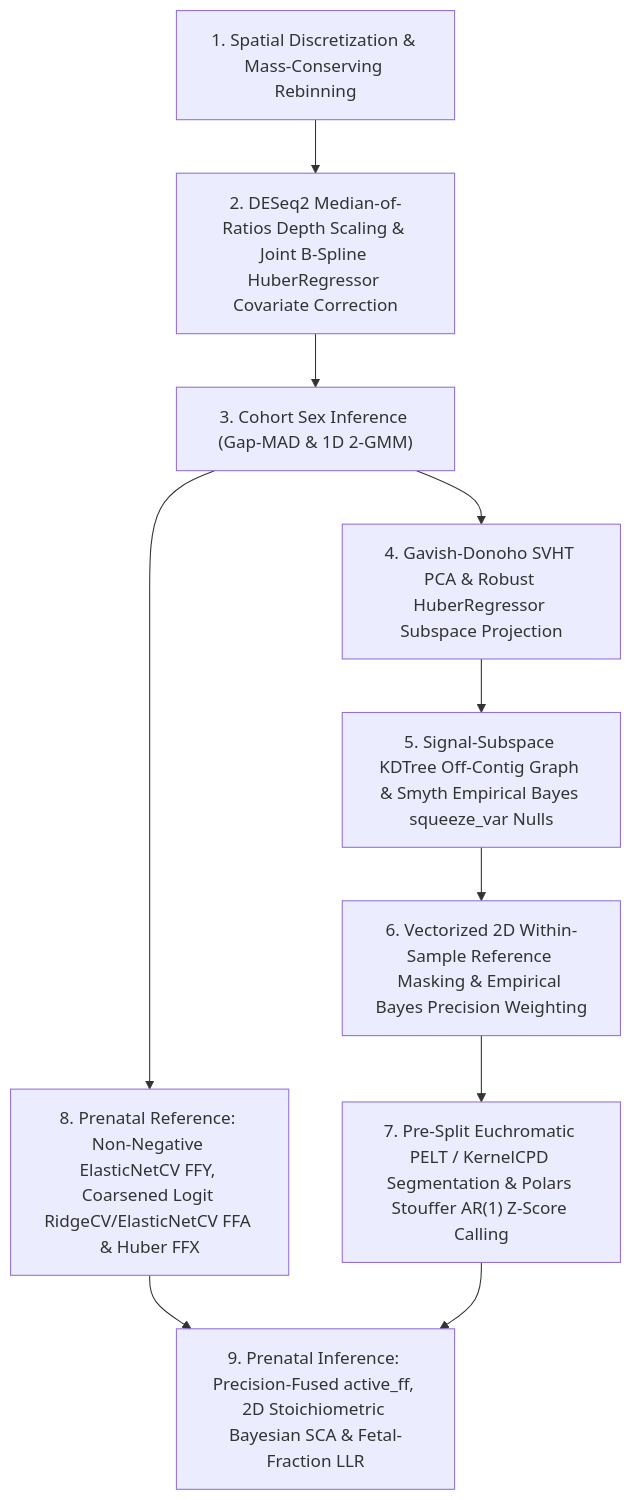
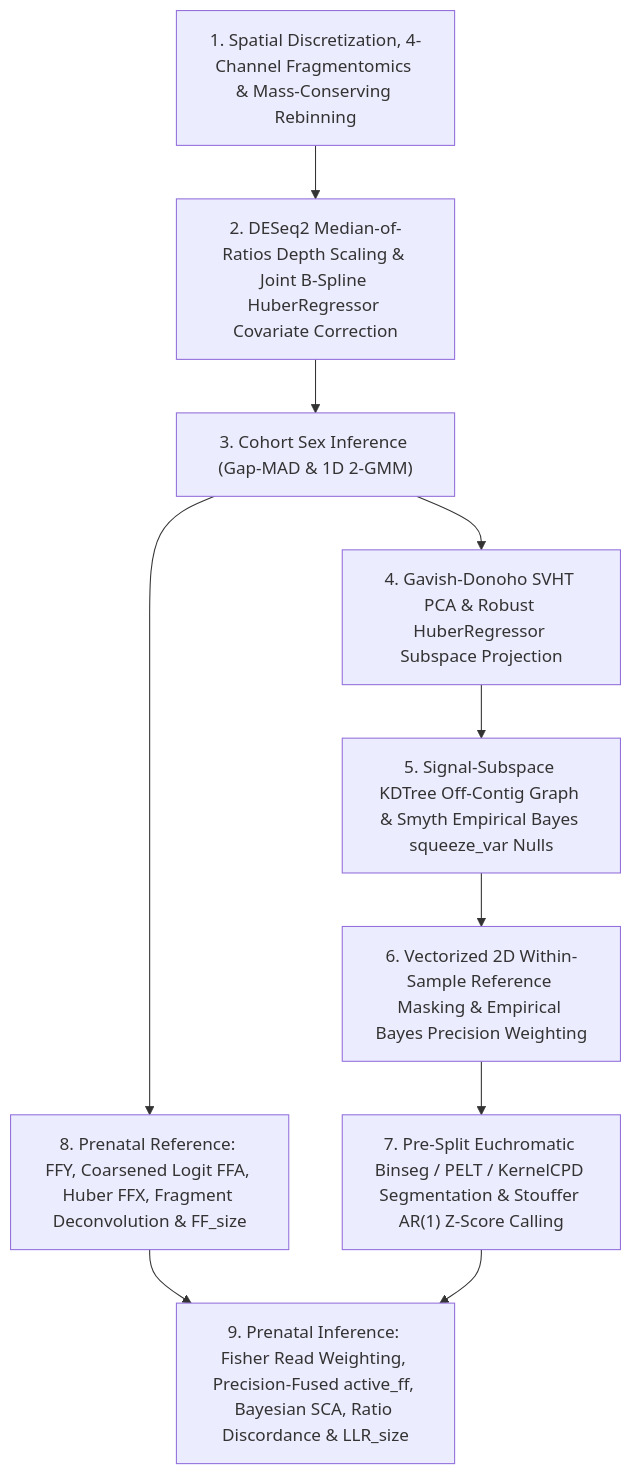
The diagram in docs/methodology.md (matthdsm/ccnv), drawn with Mermaid before and after one commit. The commit also changed other lines of this file and 67 other files, not shown here.

First line of the commit message:
feat: multi-modal cell-free DNA fragmentomics and fetal origin classification (#13)

````diff
--- a/docs/methodology.md
+++ b/docs/methodology.md
@@ -14,12 +14,12 @@
 ```mermaid
 flowchart TD
-    S1["1. Spatial Discretization & Mass-Conserving Rebinning"] --> S2["2. DESeq2 Median-of-Ratios Depth Scaling & Joint B-Spline HuberRegressor Covariate Correction"]
+    S1["1. Spatial Discretization, 4-Channel Fragmentomics & Mass-Conserving Rebinning"] --> S2["2. DESeq2 Median-of-Ratios Depth Scaling & Joint B-Spline HuberRegressor Covariate Correction"]
     S2 --> S3["3. Cohort Sex Inference (Gap-MAD & 1D 2-GMM)"]
     S3 --> S4["4. Gavish-Donoho SVHT PCA & Robust HuberRegressor Subspace Projection"]
     S4 --> S5["5. Signal-Subspace KDTree Off-Contig Graph & Smyth Empirical Bayes squeeze_var Nulls"]
     S5 --> S6["6. Vectorized 2D Within-Sample Reference Masking & Empirical Bayes Precision Weighting"]
-    S6 --> S7["7. Pre-Split Euchromatic PELT / KernelCPD Segmentation & Polars Stouffer AR(1) Z-Score Calling"]
-    S3 --> S8["8. Prenatal Reference: Non-Negative ElasticNetCV FFY, Coarsened Logit RidgeCV/ElasticNetCV FFA & Huber FFX"]
-    S8 --> S9["9. Prenatal Inference: Precision-Fused active_ff, 2D Stoichiometric Bayesian SCA & Fetal-Fraction LLR"]
+    S6 --> S7["7. Pre-Split Euchromatic Binseg / PELT / KernelCPD Segmentation & Stouffer AR(1) Z-Score Calling"]
+    S3 --> S8["8. Prenatal Reference: FFY, Coarsened Logit FFA, Huber FFX, Fragment Deconvolution & FF_size"]
+    S8 --> S9["9. Prenatal Inference: Fisher Read Weighting, Precision-Fused active_ff, Bayesian SCA, Ratio Discordance & LLR_size"]
     S7 --> S9
 ```
````
